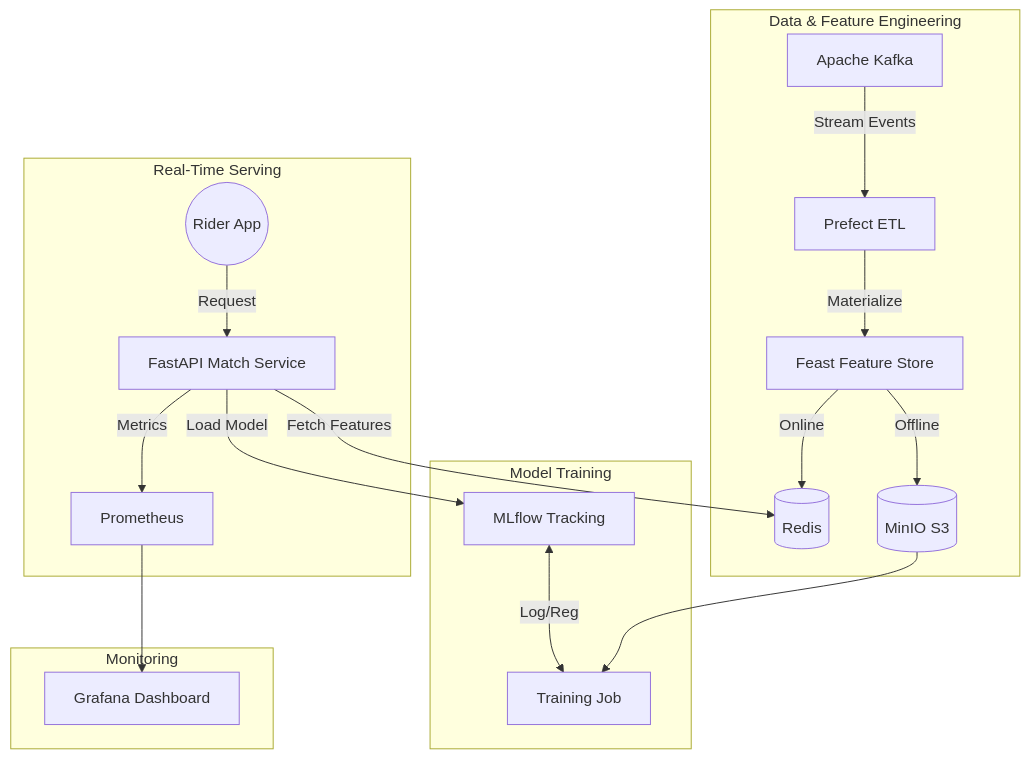
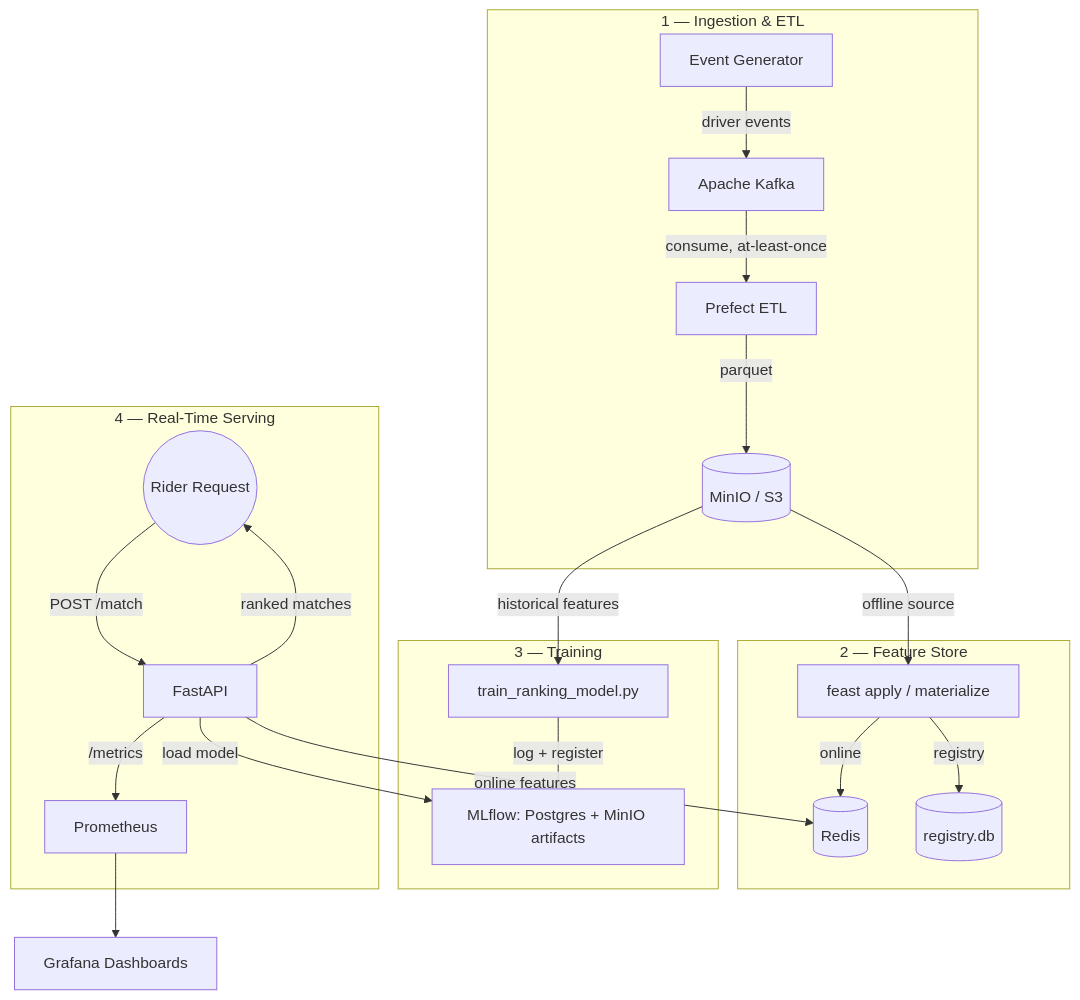
The diagram in README.md (bhanujjj/Ridematch), drawn with Mermaid before and after one commit. The commit also changed other lines of this file, not shown here.

First line of the commit message:
Rewrite README: full tech stack, working-flow walkthrough, real metrics

````diff
--- a/README.md
+++ b/README.md
@@ -19,25 +24,29 @@
 ```mermaid
 flowchart TD
-    subgraph "Data & Feature Engineering"
-        Kafka[Apache Kafka] -->|Stream Events| Prefect[Prefect ETL]
-        Prefect -->|Materialize| Feast[Feast Feature Store]
-        Feast -->|Offline| MinIO[(MinIO S3)]
-        Feast -->|Online| Redis[(Redis)]
+    subgraph Ingestion["1 — Ingestion & ETL"]
+        Gen[Event Generator] -->|driver events| Kafka[Apache Kafka]
+        Kafka -->|consume, at-least-once| ETL[Prefect ETL]
+        ETL -->|parquet| MinIO[(MinIO / S3)]
     end
 
-    subgraph "Model Training"
-        MLflow[MLflow Tracking] <-- Log/Reg --> TrainingWorker[Training Job]
-        MinIO --> TrainingWorker
+    subgraph Features["2 — Feature Store"]
+        MinIO -->|offline source| Apply[feast apply / materialize]
+        Apply -->|online| Redis[(Redis)]
+        Apply -->|registry| RegDB[(registry.db)]
     end
 
-    subgraph "Real-Time Serving"
-        Rider((Rider App)) -->|Request| API[FastAPI Match Service]
-        API -->|Fetch Features| Redis
-        API -->|Load Model| MLflow
-        API -->|Metrics| Prom[Prometheus]
+    subgraph Training["3 — Training"]
+        MinIO -->|historical features| Train[train_ranking_model.py]
+        Train -->|log + register| MLflow[MLflow: Postgres + MinIO artifacts]
     end
 
-    subgraph "Monitoring"
-        Prom --> Grafana[Grafana Dashboard]
+    subgraph Serving["4 — Real-Time Serving"]
+        Rider((Rider Request)) -->|POST /match| API[FastAPI]
+        API -->|online features| Redis
+        API -->|load model| MLflow
+        API -->|ranked matches| Rider
+        API -->|/metrics| Prom[Prometheus]
     end
+
+    Prom --> Grafana[Grafana Dashboards]
 ```
````
